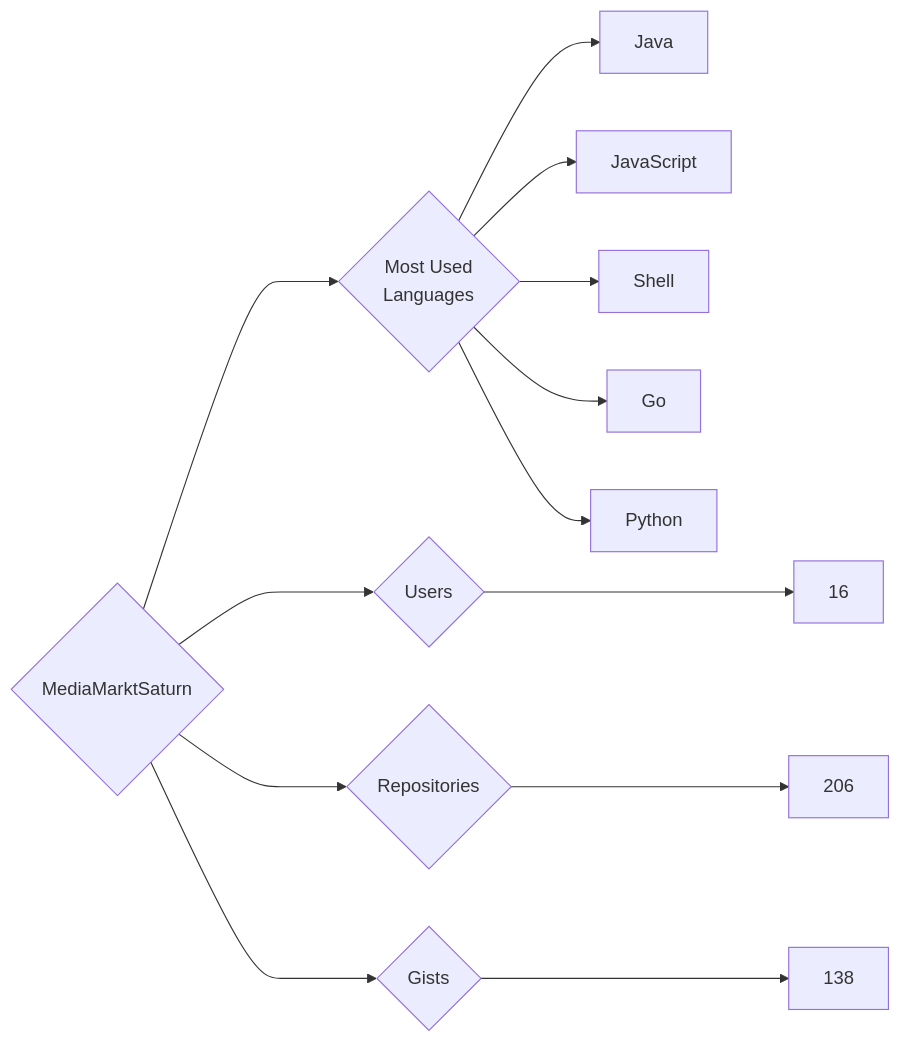
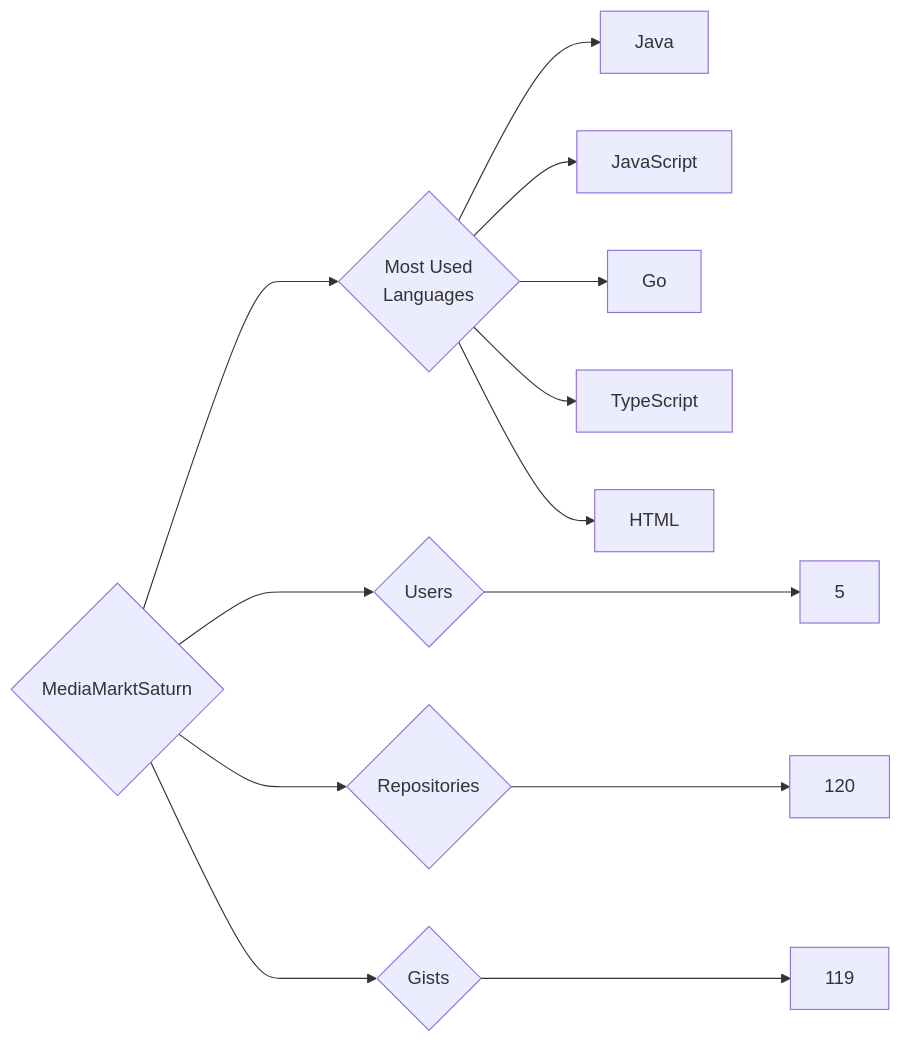
Before and after one commit to trickest/insiders: the diagram in targets/MediaMarktSaturn/README.md, drawn with Mermaid. The commit also changed 796 other files, not shown here.

````diff
--- a/targets/MediaMarktSaturn/README.md
+++ b/targets/MediaMarktSaturn/README.md
@@ -3,13 +3,13 @@
 ```mermaid
 graph LR
 COMPANY_NAME{MediaMarktSaturn}
-COMPANY_NAME ---> U{Users} ---> UN[16]
-COMPANY_NAME ---> R{Repositories} ---> RN[206]
-COMPANY_NAME ---> G{Gists} ---> GN[138]
+COMPANY_NAME ---> U{Users} ---> UN[5]
+COMPANY_NAME ---> R{Repositories} ---> RN[120]
+COMPANY_NAME ---> G{Gists} ---> GN[119]
 COMPANY_NAME ---> ML{Most Used<br>Languages}
 ML --> Java[Java]
 ML --> JavaScript[JavaScript]
-ML --> Shell[Shell]
 ML --> Go[Go]
-ML --> Python[Python]
+ML --> TypeScript[TypeScript]
+ML --> HTML[HTML]
 ```
````
